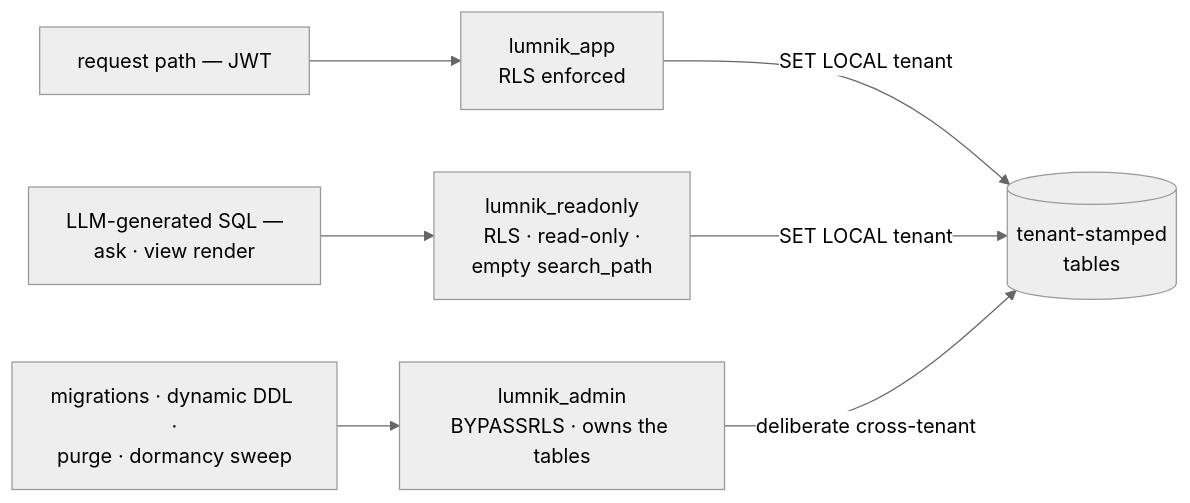
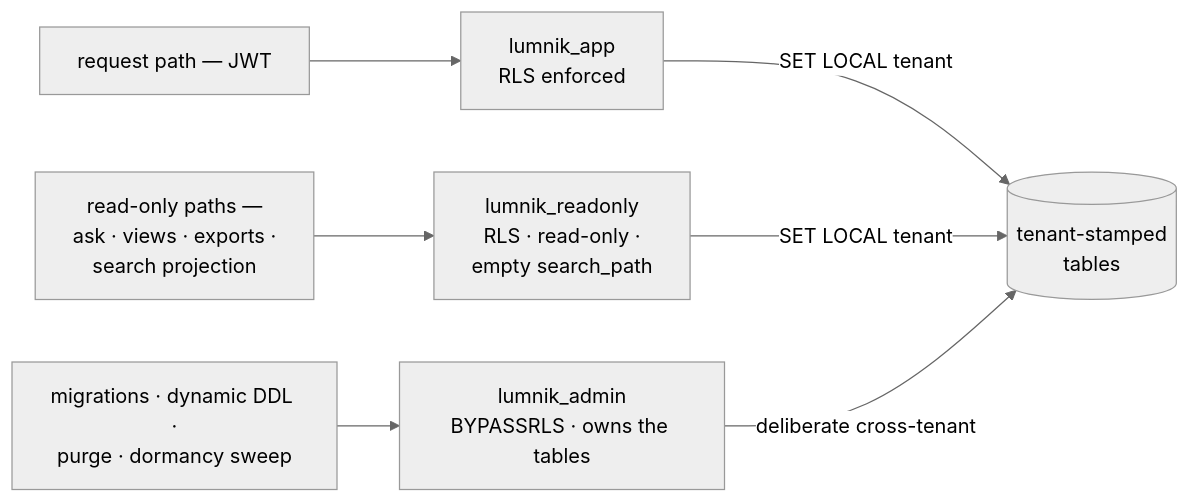
Before and after one commit to icreated/lumnik-open: the first of 2 diagrams in docs/security/rls.md, drawn with Mermaid (neutral theme). The commit also changed other lines of this file and 665 other files, not shown here.

````diff
--- a/docs/security/rls.md
+++ b/docs/security/rls.md
@@ -14,9 +14,9 @@
 ```mermaid
 flowchart LR
   req["request path — JWT"] --> app["lumnik_app<br/>RLS enforced"]
-  llm["LLM-generated SQL —<br/>ask · view render"] --> ro["lumnik_readonly<br/>RLS · read-only ·<br/>empty search_path"]
+  llm["read-only paths —<br/>ask · views · exports ·<br/>search projection"] --> ro["lumnik_readonly<br/>RLS · read-only ·<br/>empty search_path"]
   ops["migrations · dynamic DDL ·<br/>purge · dormancy sweep"] --> adm["lumnik_admin<br/>BYPASSRLS · owns the tables"]
   app -->|"SET LOCAL tenant"| t[("tenant-stamped<br/>tables")]
   ro -->|"SET LOCAL tenant"| t
   adm -->|"deliberate cross-tenant"| t
 ```
````
